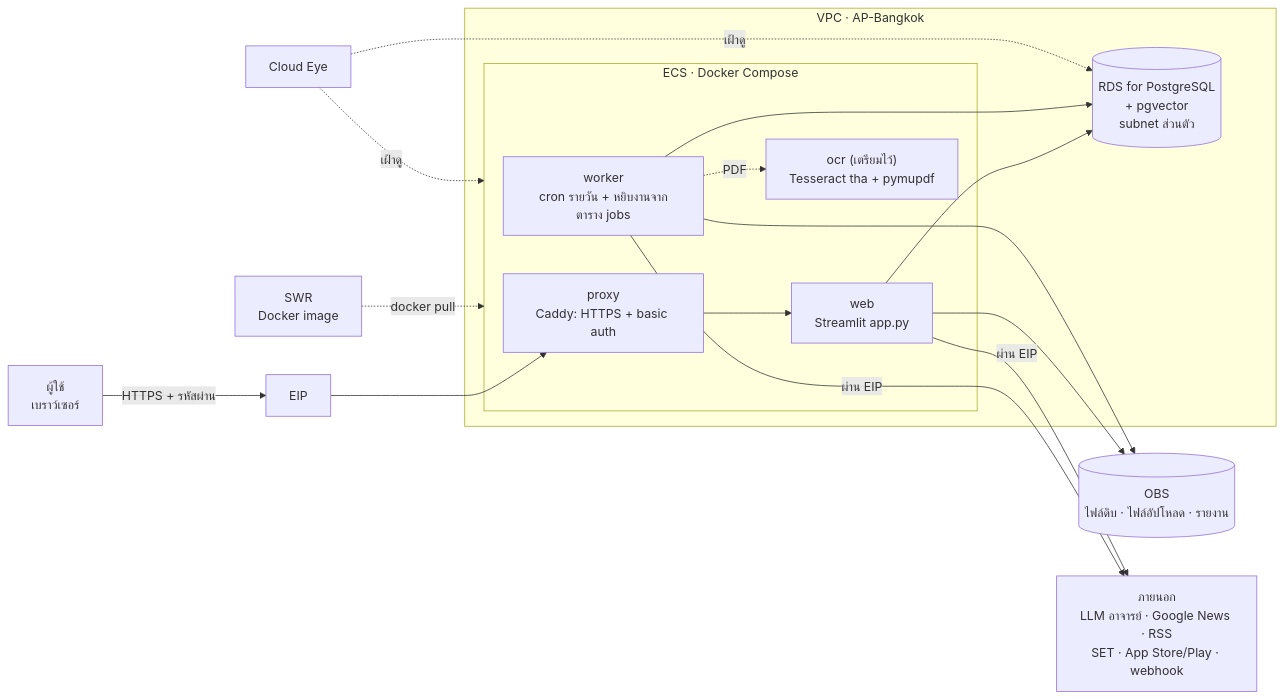
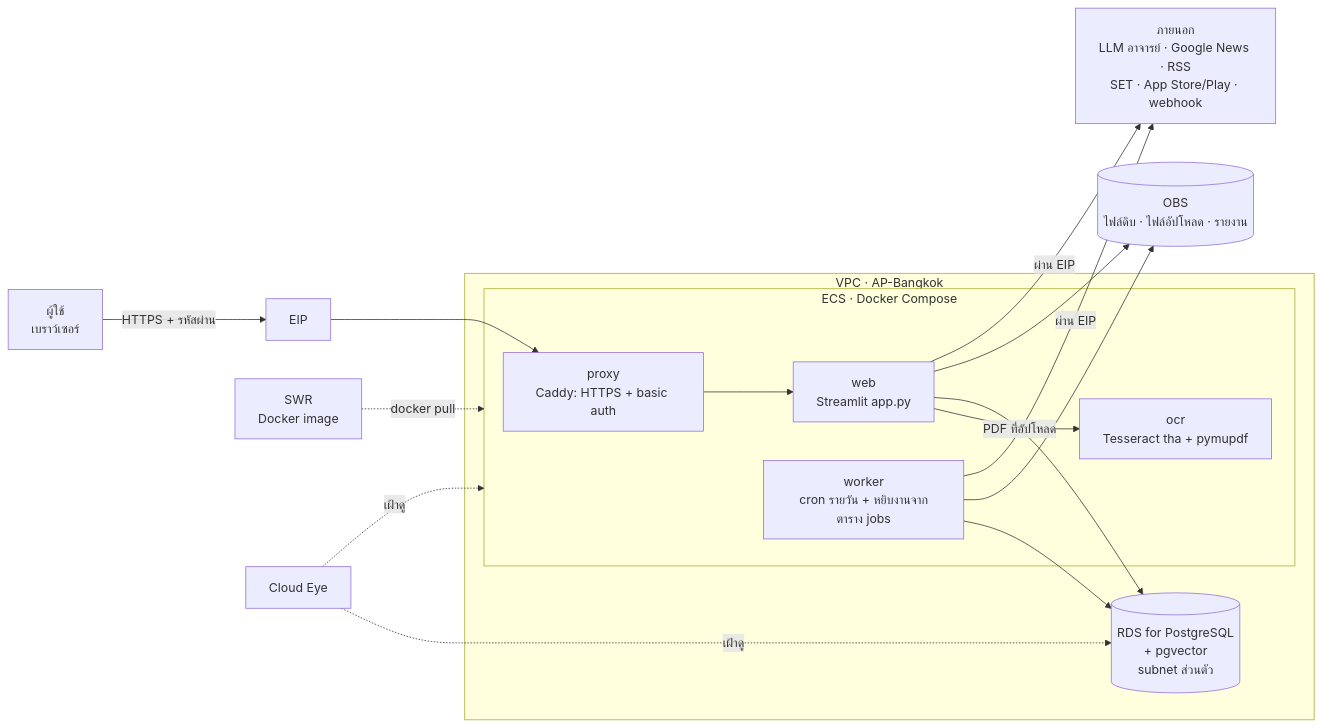
Before and after one commit to pepegummo/competitor-mockup: the diagram in docs/huawei-cloud.md, drawn with Mermaid. The commit also changed other lines of this file and 3 other files, not shown here.

Commit message:
Docs: PDF upload and OCR (setup, usage, architecture, cloud deploy)

````diff
--- a/docs/huawei-cloud.md
+++ b/docs/huawei-cloud.md
@@ -13,25 +13,25 @@
 ```mermaid
 flowchart LR
     USER["ผู้ใช้<br/>เบราว์เซอร์"] -->|"HTTPS + รหัสผ่าน"| EIP["EIP"]
     subgraph VPC["VPC · AP-Bangkok"]
         subgraph ECS["ECS · Docker Compose"]
             PROXY["proxy<br/>Caddy: HTTPS + basic auth"]
             WEB["web<br/>Streamlit app.py"]
             WORKER["worker<br/>cron รายวัน + หยิบงานจากตาราง jobs"]
-            OCR["ocr (เตรียมไว้)<br/>Tesseract tha + pymupdf"]
+            OCR["ocr<br/>Tesseract tha + pymupdf"]
             PROXY --> WEB
-            WORKER -.->|"PDF"| OCR
+            WEB -->|"PDF ที่อัปโหลด"| OCR
         end
         RDS[("RDS for PostgreSQL<br/>+ pgvector<br/>subnet ส่วนตัว")]
         WEB --> RDS
         WORKER --> RDS
     end
     EIP --> PROXY
     WEB --> OBS[("OBS<br/>ไฟล์ดิบ · ไฟล์อัปโหลด · รายงาน")]
     WORKER --> OBS
     SWR["SWR<br/>Docker image"] -.->|"docker pull"| ECS
     WORKER -->|"ผ่าน EIP"| EXT["ภายนอก<br/>LLM อาจารย์ · Google News · RSS<br/>SET · App Store/Play · webhook"]
     WEB -->|"ผ่าน EIP"| EXT
     CE["Cloud Eye"] -.->|"เฝ้าดู"| ECS
     CE -.->|"เฝ้าดู"| RDS
 ```
````
